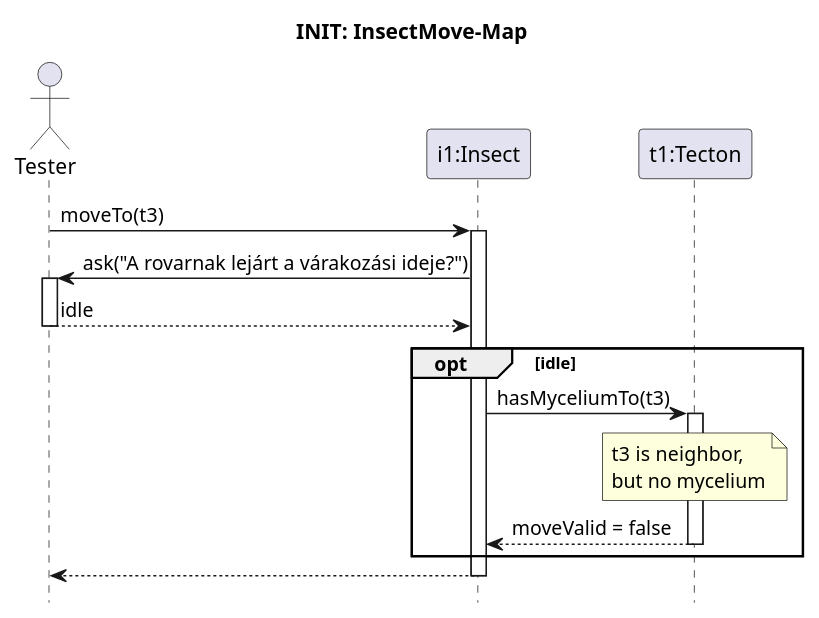
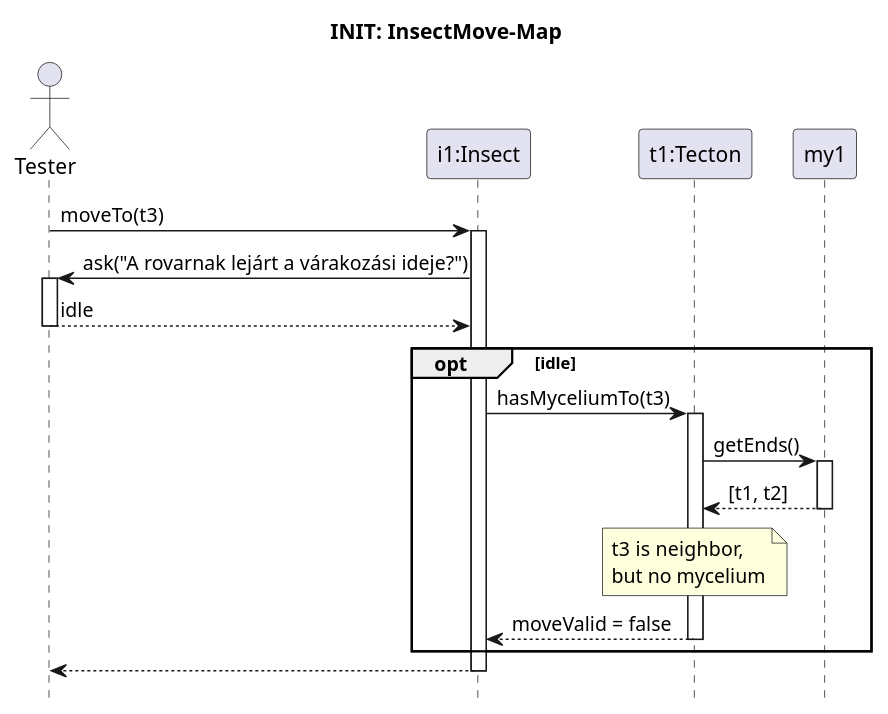
The diagram in Skeleton/Insect-move/no-mycelium.puml (ZD4ve/projlab-error521), drawn with PlantUML before and after one commit.

```diff
--- a/Skeleton/Insect-move/no-mycelium.puml
+++ b/Skeleton/Insect-move/no-mycelium.puml
@@ -1,28 +1,30 @@
 @startuml Insect-move/no-mycelium
 hide footbox
 title INIT: InsectMove-Map
 
 actor Tester as S
 participant "i1:Insect" as insect
 participant "i1:Insect" as insect
 participant "t1:Tecton" as location
 
 S -> insect : moveTo(t3)
 activate insect
 
 S <- insect : ask("A rovarnak lejárt a várakozási ideje?")
 activate S
 return idle
 
 opt idle
 
     insect -> location : hasMyceliumTo(t3)
     activate location
+    location -> my1 : getEnds()
+    activate my1
+    return [t1, t2] 
     note over location : t3 is neighbor,\nbut no mycelium
-    'TODO: érték?
     return moveValid = false
 end
 
 return
 
 @enduml
```
